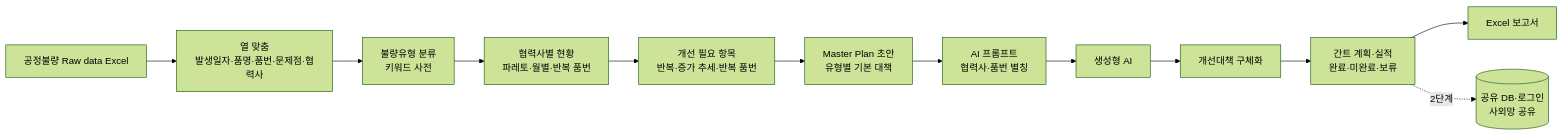
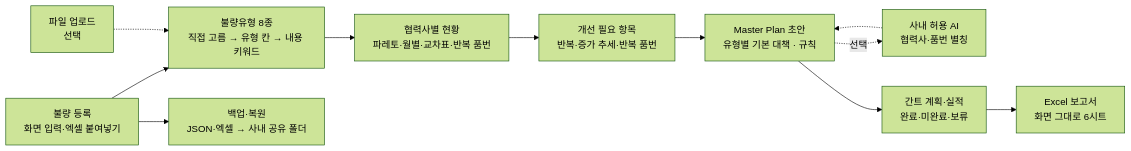
Before and after one commit to aebonlee/data10-07: the diagram in docs/01_프로젝트_기획서.md, drawn with Mermaid (forest theme). The commit also changed other lines of this file and 16 other files, not shown here.

First line of the commit message:
2차 반영 — 불량 등록·엑셀 붙여넣기, 불량유형 8종, 화면 그대로 Excel, 사내망 전용

````diff
--- a/docs/01_프로젝트_기획서.md
+++ b/docs/01_프로젝트_기획서.md
@@ -53,14 +54,13 @@
 ```mermaid
 flowchart LR
-  X[공정불량 Raw data Excel] --> M[열 맞춤<br/>발생일자·품명·품번·문제점·협력사]
-  M --> C[불량유형 분류<br/>키워드 사전]
-  C --> A[협력사별 현황<br/>파레토·월별·반복 품번]
+  E[불량 등록<br/>화면 입력·엑셀 붙여넣기] --> C[불량유형 8종<br/>직접 고름 → 유형 칸 → 내용 키워드]
+  U[파일 업로드<br/>선택] -.-> C
+  C --> A[협력사별 현황<br/>파레토·월별·교차표·반복 품번]
   A --> I[개선 필요 항목<br/>반복·증가 추세·반복 품번]
-  I --> D[Master Plan 초안<br/>유형별 기본 대책]
-  D --> P[AI 프롬프트<br/>협력사·품번 별칭]
-  P --> AI[생성형 AI]
-  AI --> D2[개선대책 구체화]
-  D2 --> G[간트 계획·실적<br/>완료·미완료·보류]
-  G --> R[Excel 보고서]
-  G -.2단계.-> S[(공유 DB·로그인<br/>사외망 공유)]
+  I --> D[Master Plan 초안<br/>유형별 기본 대책 · 규칙]
+  D -.선택.-> AI[사내 허용 AI<br/>협력사·품번 별칭]
+  AI -.-> D
+  D --> G[간트 계획·실적<br/>완료·미완료·보류]
+  G --> R[Excel 보고서<br/>화면 그대로 6시트]
+  E --> B[백업·복원<br/>JSON·엑셀 → 사내 공유 폴더]
 ```
````
